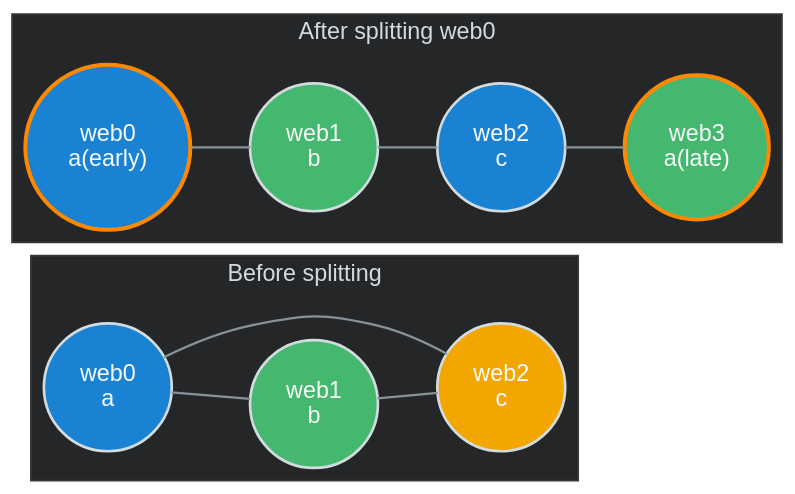
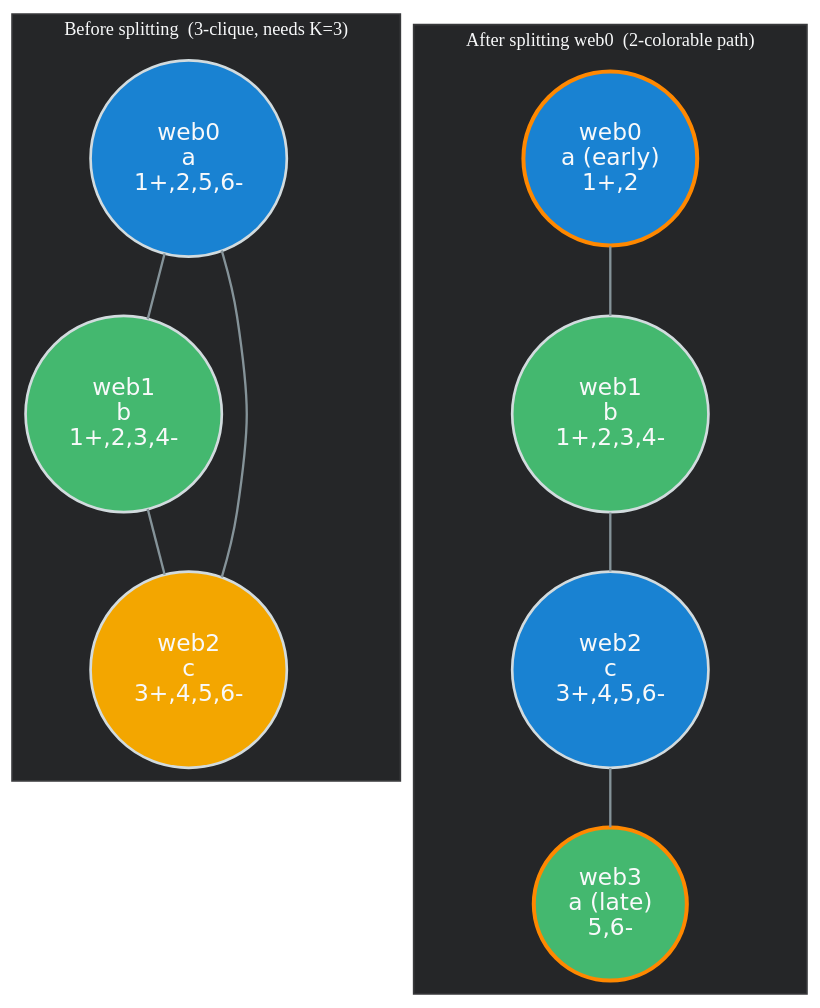
One commit to AlexDTT/CompilerRegisterAllocationProject changed the diagram in dox/example_splitting.dot. Above: the diagram before and after it, drawn with Graphviz. The commit also changed 88 other files, not shown here.

```diff
--- a/dox/example_splitting.dot
+++ b/dox/example_splitting.dot
@@ -1,40 +1,40 @@
 graph splitting_example {
-    rankdir=LR;
     bgcolor="transparent";
-    graph [fontname="Helvetica", fontcolor="#d2dbde"];
-    node [shape=circle, style=filled, fontname="Helvetica", fontcolor="#f8f9fa", color="#d2dbde", penwidth=1.6];
+    node [shape=circle, style=filled, fontname="DejaVu Sans", fontcolor="#f8f9fa", color="#d2dbde", penwidth=1.6];
     edge [color="#859399", penwidth=1.4];
 
     subgraph cluster_before {
-        label="Before splitting";
-        fontcolor="#d2dbde";
+        label="Before splitting  (3-clique, needs K=3)";
+        fontcolor="#f8f9fa";
+        fontsize=11;
         color="#38393b";
         fillcolor="#252628";
         style=filled;
 
-        a0 [label="web0\na", fillcolor="#1982d2"];
-        b0 [label="web1\nb", fillcolor="#44b86f"];
-        c0 [label="web2\nc", fillcolor="#f3a600"];
+        a0 [label="web0\na\n1+,2,5,6-", fillcolor="#1982d2"];
+        b0 [label="web1\nb\n1+,2,3,4-", fillcolor="#44b86f"];
+        c0 [label="web2\nc\n3+,4,5,6-", fillcolor="#f3a600"];
 
         a0 -- b0;
         b0 -- c0;
         c0 -- a0;
     }
 
     subgraph cluster_after {
-        label="After splitting web0";
-        fontcolor="#d2dbde";
+        label="After splitting web0  (2-colorable path)";
+        fontcolor="#f8f9fa";
+        fontsize=11;
         color="#38393b";
         fillcolor="#252628";
         style=filled;
 
-        a1 [label="web0\na(early)", fillcolor="#1982d2", color="#ff8800", penwidth=2.4];
-        b1 [label="web1\nb", fillcolor="#44b86f"];
-        c1 [label="web2\nc", fillcolor="#1982d2"];
-        a2 [label="web3\na(late)", fillcolor="#44b86f", color="#ff8800", penwidth=2.4];
+        a1 [label="web0\na (early)\n1+,2", fillcolor="#1982d2", color="#ff8800", penwidth=2.4];
+        b1 [label="web1\nb\n1+,2,3,4-", fillcolor="#44b86f"];
+        c1 [label="web2\nc\n3+,4,5,6-", fillcolor="#1982d2"];
+        a2 [label="web3\na (late)\n5,6-", fillcolor="#44b86f", color="#ff8800", penwidth=2.4];
 
         a1 -- b1;
         b1 -- c1;
         c1 -- a2;
     }
 }
```
